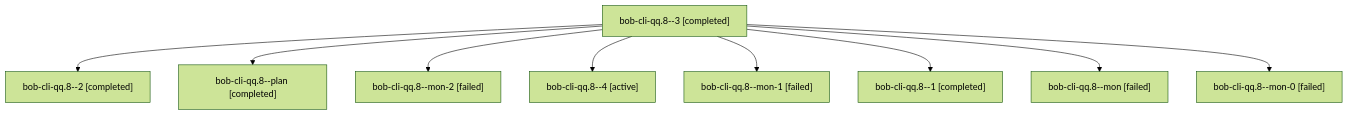
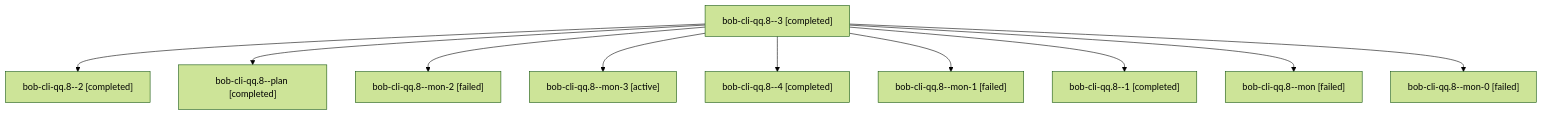
Before and after one commit to bobs-org/bob-cli--agents: the diagram in sessions/bbugyi200.apollo.bob-cli-qq.8.md, drawn with Mermaid (forest theme). The commit also changed other lines of this file and 46 other files, not shown here.

````diff
--- a/sessions/bbugyi200.apollo.bob-cli-qq.8.md
+++ b/sessions/bbugyi200.apollo.bob-cli-qq.8.md
@@ -9,20 +9,22 @@
 ```mermaid
 flowchart TD
   n0["bob-cli-qq.8--3 [completed]"]
   n1["bob-cli-qq.8--2 [completed]"]
   n0 --> n1
   n2["bob-cli-qq.8--plan [completed]"]
   n0 --> n2
   n3["bob-cli-qq.8--mon-2 [failed]"]
   n0 --> n3
-  n4["bob-cli-qq.8--4 [active]"]
+  n4["bob-cli-qq.8--mon-3 [active]"]
   n0 --> n4
-  n5["bob-cli-qq.8--mon-1 [failed]"]
+  n5["bob-cli-qq.8--4 [completed]"]
   n0 --> n5
-  n6["bob-cli-qq.8--1 [completed]"]
+  n6["bob-cli-qq.8--mon-1 [failed]"]
   n0 --> n6
-  n7["bob-cli-qq.8--mon [failed]"]
+  n7["bob-cli-qq.8--1 [completed]"]
   n0 --> n7
-  n8["bob-cli-qq.8--mon-0 [failed]"]
+  n8["bob-cli-qq.8--mon [failed]"]
   n0 --> n8
+  n9["bob-cli-qq.8--mon-0 [failed]"]
+  n0 --> n9
 ```
````
